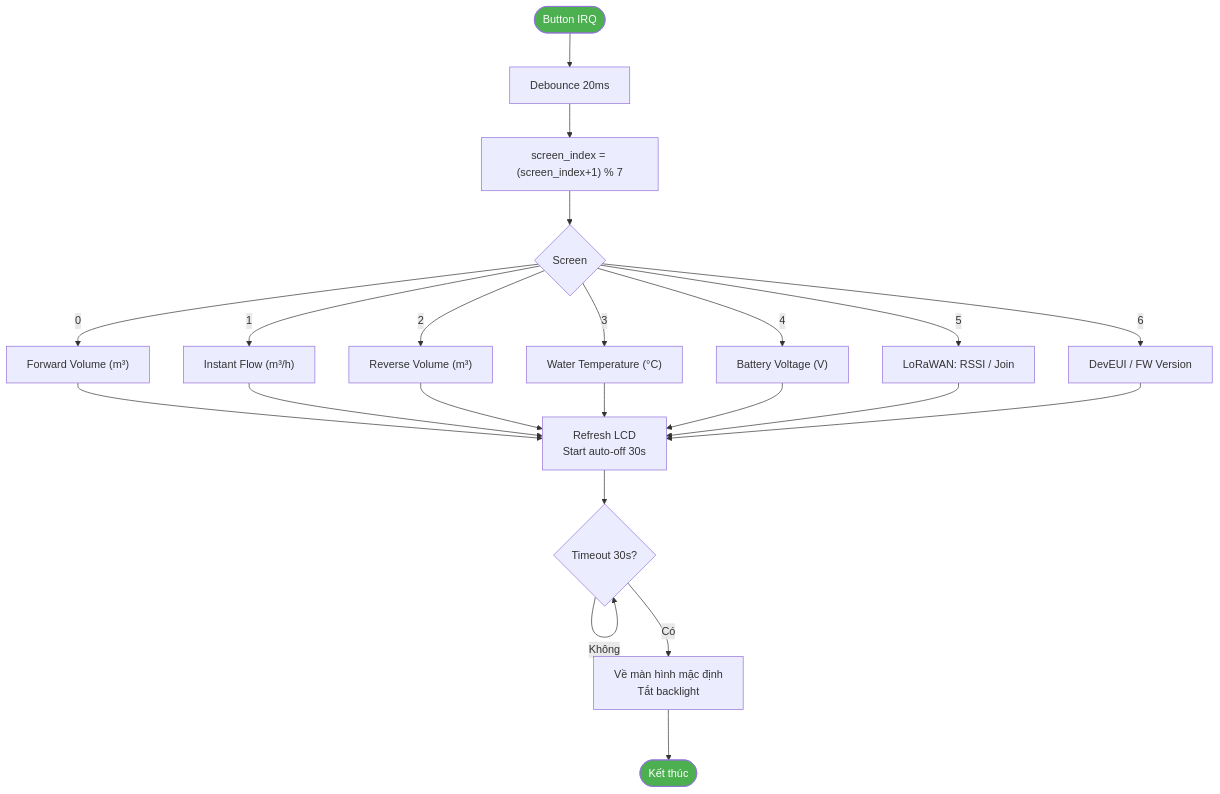
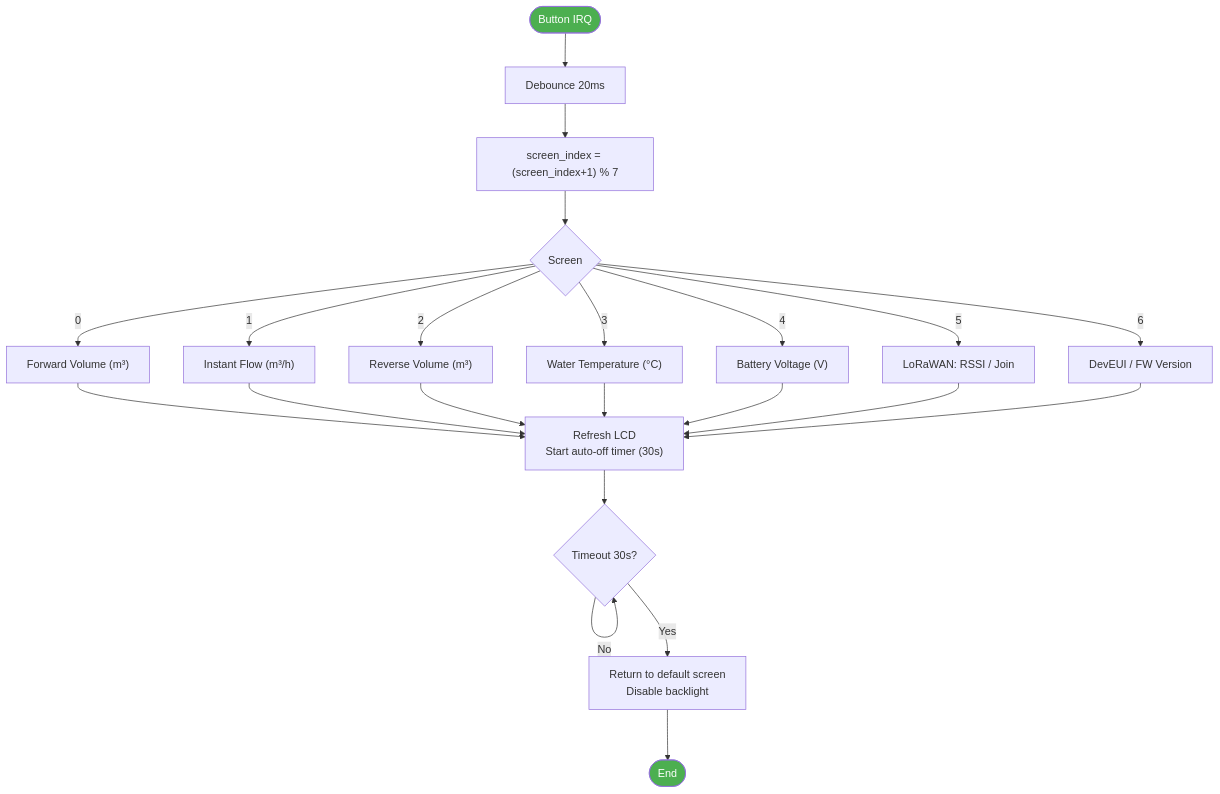
One commit to tuantran0707/WM changed the sixth of 8 diagrams in documentation/DUT/Firmware_Flowchart_BlockDiagram.md. Above: the diagram before and after it, drawn with Mermaid. The commit also changed other lines of this file, not shown here.

````diff
--- a/documentation/DUT/Firmware_Flowchart_BlockDiagram.md
+++ b/documentation/DUT/Firmware_Flowchart_BlockDiagram.md
@@ -194,21 +204,27 @@
 ```mermaid
 flowchart TD
     A([Button IRQ]) --> B["Debounce 20ms"]
     B --> C["screen_index = (screen_index+1) % 7"]
     C --> D{Screen}
     D -- 0 --> S0["Forward Volume (m³)"]
     D -- 1 --> S1["Instant Flow (m³/h)"]
     D -- 2 --> S2["Reverse Volume (m³)"]
     D -- 3 --> S3["Water Temperature (°C)"]
     D -- 4 --> S4["Battery Voltage (V)"]
     D -- 5 --> S5["LoRaWAN: RSSI / Join"]
     D -- 6 --> S6["DevEUI / FW Version"]
-    S0 & S1 & S2 & S3 & S4 & S5 & S6 --> E["Refresh LCD<br/>Start auto-off 30s"]
+    S0 --> E
+    S1 --> E
+    S2 --> E
+    S3 --> E
+    S4 --> E
+    S5 --> E
+    S6 --> E["Refresh LCD<br/>Start auto-off timer (30s)"]
     E --> F{Timeout 30s?}
-    F -- Không --> F
-    F -- Có --> G["Về màn hình mặc định<br/>Tắt backlight"]
-    G --> END([Kết thúc])
+    F -- No --> F
+    F -- Yes --> G["Return to default screen<br/>Disable backlight"]
+    G --> END([End])
 
     style A fill:#4CAF50,color:#fff
     style END fill:#4CAF50,color:#fff
 ```
````
